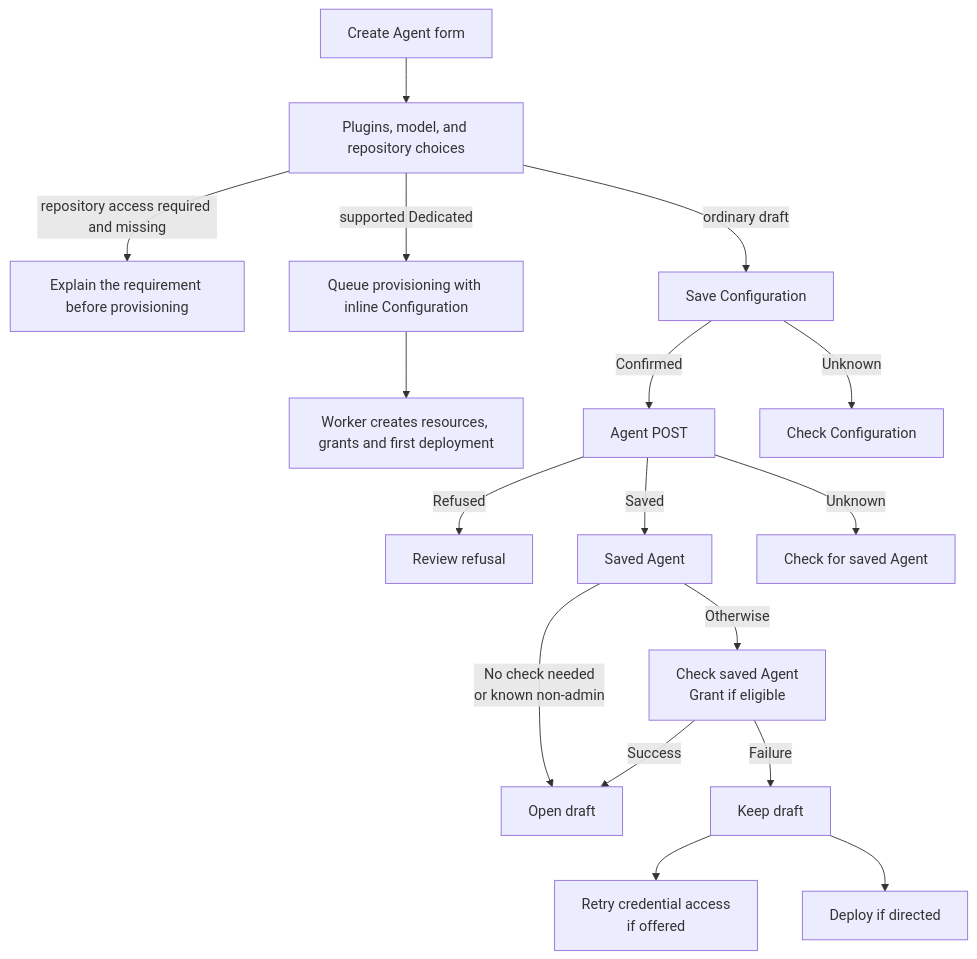
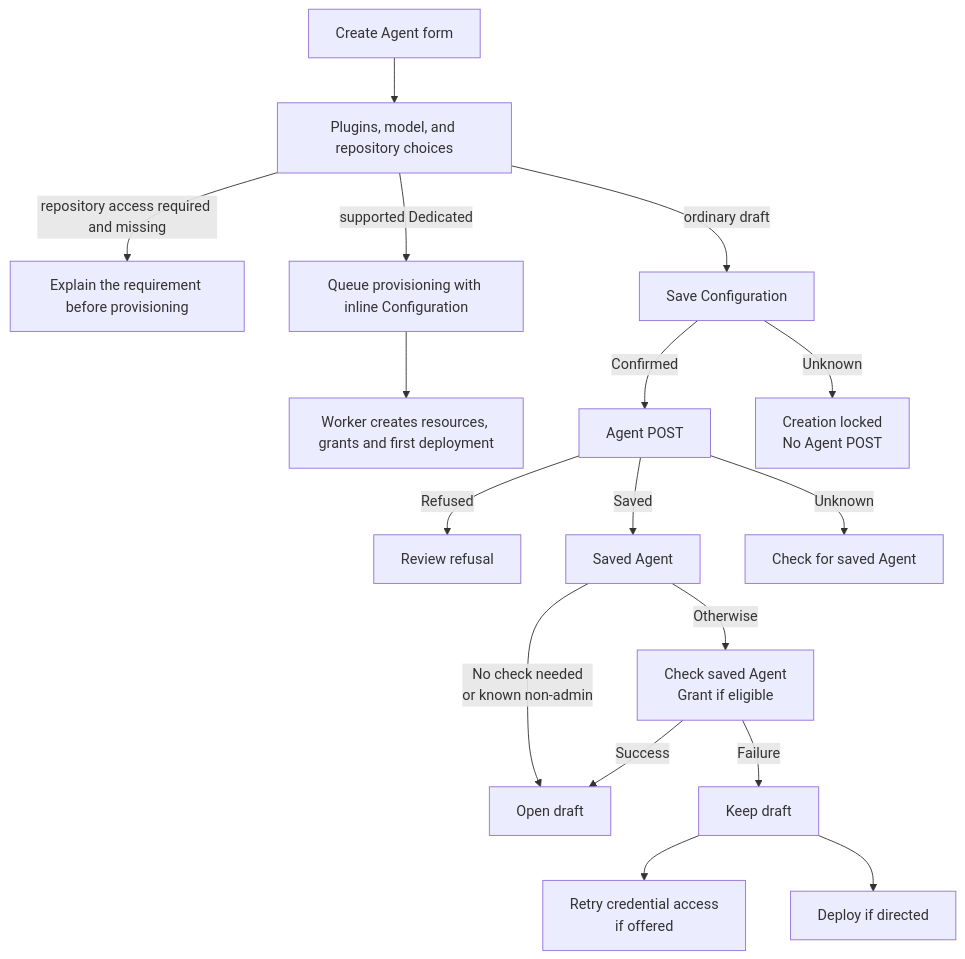
One commit to openclaw/openclaw-enterprise changed the diagram in docs/flows/platform-console/agent-creation.md. Above: the diagram before and after it, drawn with Mermaid. The commit also changed other lines of this file and 2 other files, not shown here.

````diff
--- a/docs/flows/platform-console/agent-creation.md
+++ b/docs/flows/platform-console/agent-creation.md
@@ -27,19 +27,19 @@
 ```mermaid
 graph TD
   A["Create Agent form"] --> B["Plugins, model, and repository choices"]
   B -->|repository access required and missing| H["Explain the requirement before provisioning"]
   B -->|supported Dedicated| C["Queue provisioning with inline Configuration"]
   C --> D["Worker creates resources, grants and first deployment"]
   B -->|ordinary draft| E["Save Configuration"]
   E -->|Confirmed| Y["Agent POST"]
-  E -->|Unknown| X["Check Configuration"]
+  E -->|Unknown| X["Creation locked<br/>No Agent POST"]
   Y -->|Refused| M["Review refusal"]
   Y -->|Saved| I["Saved Agent"]
   Y -->|Unknown| N["Check for saved Agent"]
   I -->|No check needed<br/>or known non-admin| J["Open draft"]
   I -->|Otherwise| F["Check saved Agent<br/>Grant if eligible"]
   F -->|Success| J
   F -->|Failure| G["Keep draft"]
   G --> K["Retry credential access<br/>if offered"]
   G --> L["Deploy if directed"]
 ```
````
